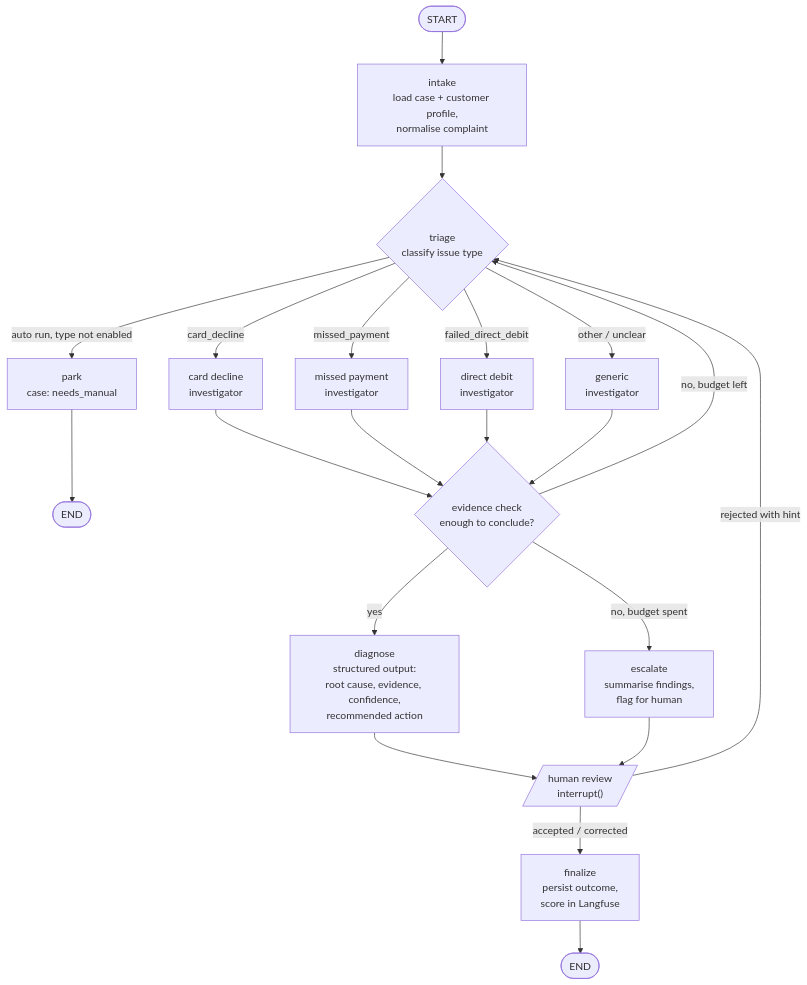
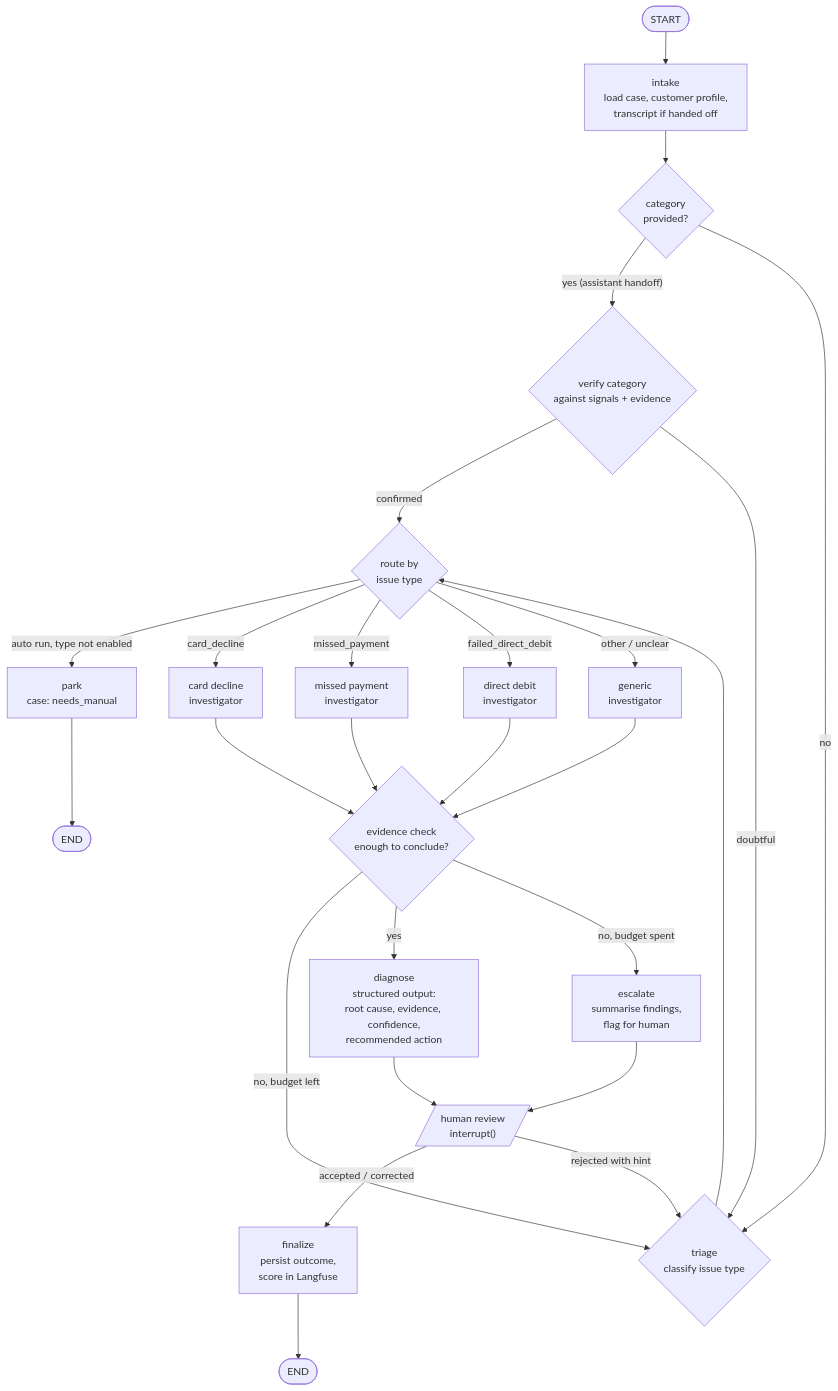
Before and after one commit to babicmilan999/claude-poc: the sixth of 12 diagrams in docs/architecture.md, drawn with Mermaid. The commit also changed other lines of this file, not shown here.

First line of the commit message:
Add in-app customer assistant to architecture design

````diff
--- a/docs/architecture.md
+++ b/docs/architecture.md
@@ -201,29 +319,34 @@
 ```mermaid
 flowchart TD
-    start([START]) --> intake["intake<br/>load case + customer profile,<br/>normalise complaint"]
-    intake --> triage{"triage<br/>classify issue type"}
+    start([START]) --> intake["intake<br/>load case, customer profile,<br/>transcript if handed off"]
+    intake --> has_cat{"category<br/>provided?"}
+    has_cat -->|"yes (assistant handoff)"| verify{"verify category<br/>against signals + evidence"}
+    has_cat -->|no| triage{"triage<br/>classify issue type"}
+    verify -->|"confirmed"| route{"route by<br/>issue type"}
+    verify -->|"doubtful"| triage
+    triage --> route
 
-    triage -->|"auto run, type not enabled"| park["park<br/>case: needs_manual"]
+    route -->|"auto run, type not enabled"| park["park<br/>case: needs_manual"]
     park --> parked([END])
 
-    triage -->|card_decline| card["card decline<br/>investigator"]
-    triage -->|missed_payment| pay["missed payment<br/>investigator"]
-    triage -->|failed_direct_debit| dd["direct debit<br/>investigator"]
-    triage -->|other / unclear| generic["generic<br/>investigator"]
+    route -->|card_decline| card["card decline<br/>investigator"]
+    route -->|missed_payment| pay["missed payment<br/>investigator"]
+    route -->|failed_direct_debit| dd["direct debit<br/>investigator"]
+    route -->|other / unclear| generic["generic<br/>investigator"]
 
     card --> evidence
     pay --> evidence
     dd --> evidence
     generic --> evidence
 
     evidence{"evidence check<br/>enough to conclude?"}
     evidence -->|"no, budget left"| triage
     evidence -->|yes| diagnose["diagnose<br/>structured output:<br/>root cause, evidence, confidence,<br/>recommended action"]
     evidence -->|"no, budget spent"| escalate["escalate<br/>summarise findings,<br/>flag for human"]
 
     diagnose --> review[/"human review<br/>interrupt()"/]
     escalate --> review
     review -->|accepted / corrected| finalize["finalize<br/>persist outcome,<br/>score in Langfuse"]
     review -->|"rejected with hint"| triage
     finalize --> done([END])
 ```
````
